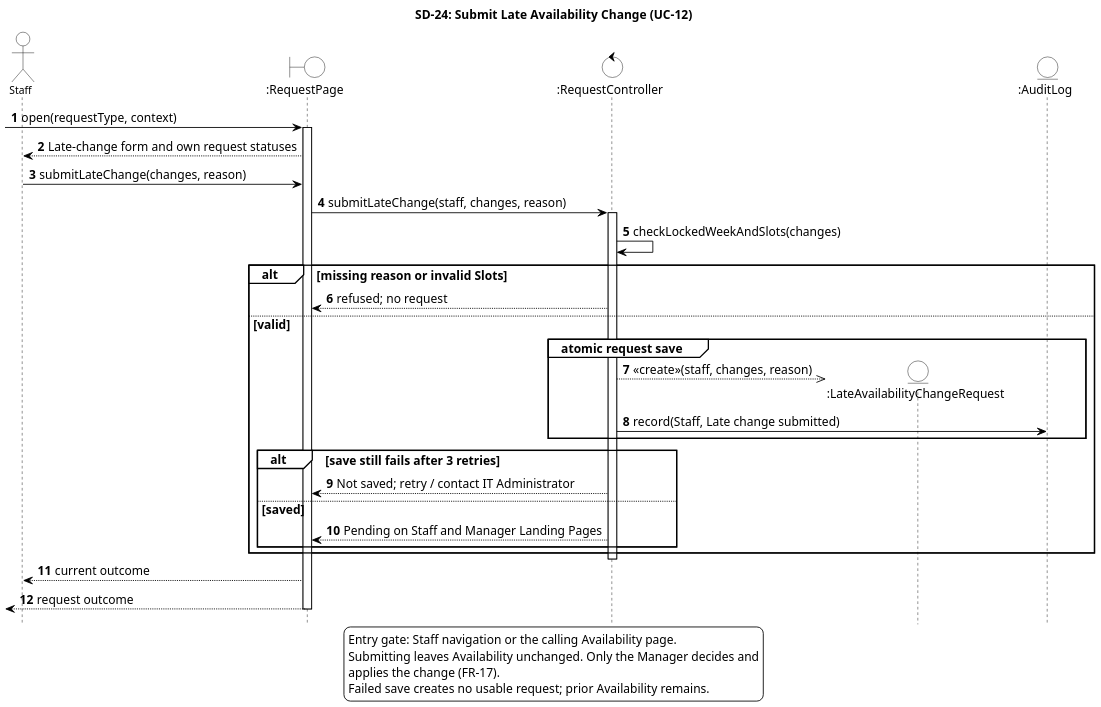
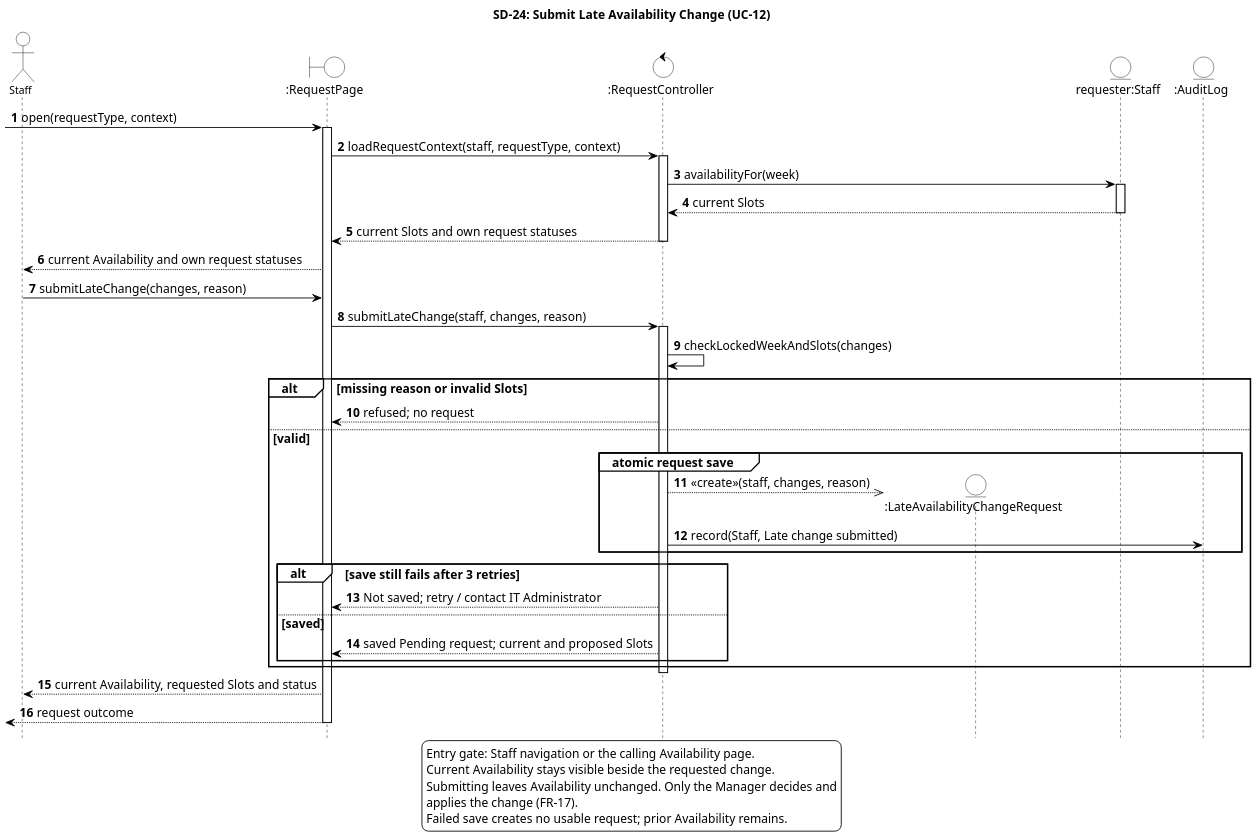
The diagram in diagrams/SD-24-submit-late-availability-change.puml (ZadeNova/inf2001-SE), drawn with PlantUML before and after one commit. The commit also changed 23 other files, not shown here.

```diff
--- a/diagrams/SD-24-submit-late-availability-change.puml
+++ b/diagrams/SD-24-submit-late-availability-change.puml
@@ -1,71 +1,78 @@
 @startuml SD-24-submit-late-availability-change
 skinparam backgroundColor white
 skinparam shadowing false
 skinparam defaultFontName Arial
 skinparam defaultFontSize 14
 skinparam ArrowColor black
 skinparam ParticipantBackgroundColor white
 skinparam ParticipantBorderColor black
 skinparam ActorBackgroundColor white
 skinparam ActorBorderColor black
 skinparam BoundaryBackgroundColor white
 skinparam BoundaryBorderColor black
 skinparam ControlBackgroundColor white
 skinparam ControlBorderColor black
 skinparam EntityBackgroundColor white
 skinparam EntityBorderColor black
 skinparam SequenceLifeLineBorderColor black
 skinparam SequenceGroupBorderColor black
 skinparam SequenceGroupBackgroundColor white
 skinparam SequenceReferenceBackgroundColor white
 skinparam SequenceReferenceBorderColor black
 skinparam NoteBackgroundColor white
 skinparam NoteBorderColor black
 skinparam dpi 150
 hide footbox
 skinparam maxMessageSize 420
 skinparam wrapWidth 420
 skinparam sequenceParticipantFontSize 12
 skinparam sequenceActorFontSize 12
 autonumber
 title SD-24: Submit Late Availability Change (UC-12)
 ' Traces: UC-12; FR-17, FR-56, FR-66; NFR-09
 ' Sources: DEC-02; DEC-55, DEC-56; DEC-57; sequence-diagram-review.md.
 ' Round-2 source: DEC-58; sequence-diagram-review-round-2.md.
+' Current source: INT-DCT [Questionnaire C13: DB01/DB02]; DEC-69.
 ' Round-3 source: DEC-68; sequence-diagram-review-round-3.md.
 actor Staff
 boundary ":RequestPage" as Page
 control ":RequestController" as RQ
 entity ":LateAvailabilityChangeRequest" as LAC
+entity "requester:Staff" as ST
 entity ":AuditLog" as AL
 
 [-> Page : open(requestType, context)
 activate Page
-Page --> Staff : Late-change form and own request statuses
+Page -> RQ ++ : loadRequestContext(staff, requestType, context)
+RQ -> ST ++ : availabilityFor(week)
+ST --> RQ -- : current Slots
+RQ --> Page -- : current Slots and own request statuses
+Page --> Staff : current Availability and own request statuses
 Staff -> Page : submitLateChange(changes, reason)
 Page -> RQ ++ : submitLateChange(staff, changes, reason)
 RQ -> RQ : checkLockedWeekAndSlots(changes)
 alt missing reason or invalid Slots
   RQ --> Page : refused; no request
 else valid
   group atomic request save
     RQ -->> LAC ** : <<create>>(staff, changes, reason)
     RQ -> AL : record(Staff, Late change submitted)
   end
   alt save still fails after 3 retries
     RQ --> Page : Not saved; retry / contact IT Administrator
   else saved
-    RQ --> Page : Pending on Staff and Manager Landing Pages
+    RQ --> Page : saved Pending request; current and proposed Slots
   end
 end
 deactivate RQ
-Page --> Staff : current outcome
+Page --> Staff : current Availability, requested Slots and status
 [<-- Page : request outcome
 deactivate Page
 legend bottom
 Entry gate: Staff navigation or the calling Availability page.
+Current Availability stays visible beside the requested change.
 Submitting leaves Availability unchanged. Only the Manager decides and
 applies the change (FR-17).
 Failed save creates no usable request; prior Availability remains.
 endlegend
 @enduml
```
